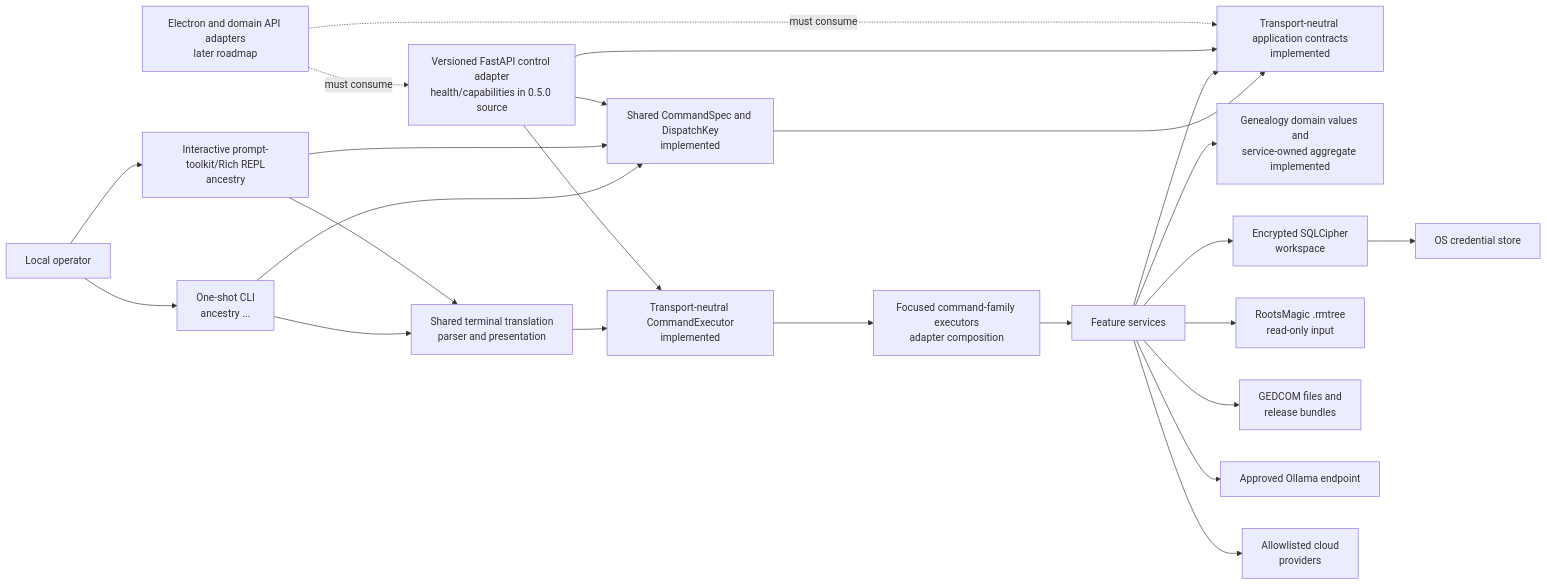
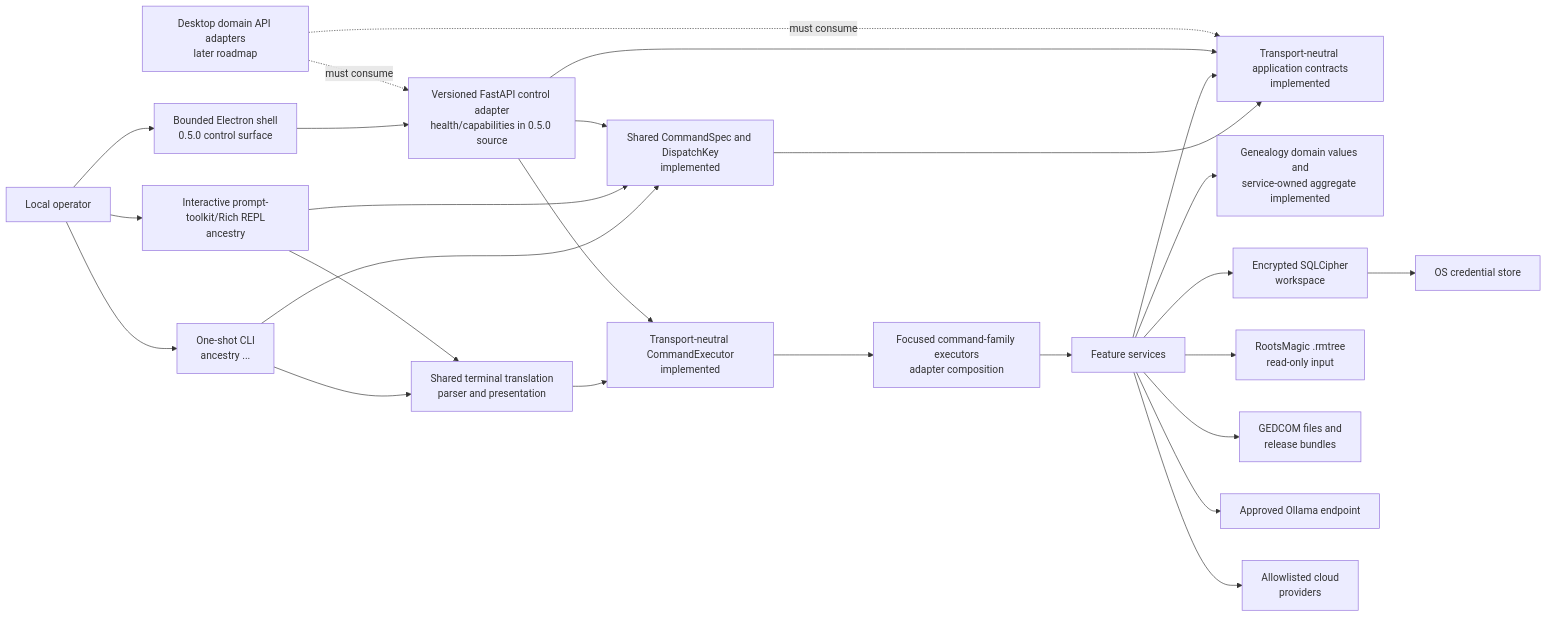
Before and after one commit to sodejm/AncestryLLM: the first of 3 diagrams in ARCHITECTURE.md, drawn with Mermaid. The commit also changed other lines of this file and 13 other files, not shown here.

Commit message:
feat(desktop): deliver production shell

````diff
--- a/ARCHITECTURE.md
+++ b/ARCHITECTURE.md
@@ -62,45 +65,48 @@
 ```mermaid
 flowchart LR
     Operator["Local operator"]
     CLI["One-shot CLI\nancestry ..."]
     Console["Interactive prompt-toolkit/Rich REPL\nancestry"]
     Specs["Shared CommandSpec and DispatchKey\nimplemented"]
     Contracts["Transport-neutral application contracts\nimplemented"]
     Terminal["Shared terminal translation\nparser and presentation"]
     Executor["Transport-neutral CommandExecutor\nimplemented"]
     Handlers["Focused command-family executors\nadapter composition"]
     Services["Feature services"]
     Domain["Genealogy domain values and\nservice-owned aggregate implemented"]
     Workspace["Encrypted SQLCipher\nworkspace"]
     Keyring["OS credential store"]
     RM["RootsMagic .rmtree\nread-only input"]
     GED["GEDCOM files and\nrelease bundles"]
     LocalLLM["Approved Ollama endpoint"]
     Cloud["Allowlisted cloud\nproviders"]
     ControlAPI["Versioned FastAPI control adapter\nhealth/capabilities in 0.5.0 source"]
-    Future["Electron and domain API adapters\nlater roadmap"]
+    Desktop["Bounded Electron shell\n0.5.0 control surface"]
+    Future["Desktop domain API adapters\nlater roadmap"]
 
     Operator --> CLI
     Operator --> Console
+    Operator --> Desktop
     CLI --> Specs
     Console --> Specs
     CLI --> Terminal
     Console --> Terminal
     Terminal --> Executor
     Executor --> Handlers
     Handlers --> Services
     Specs --> Contracts
     Services --> Contracts
     Services --> Domain
     Services --> Workspace
     Workspace --> Keyring
     Services --> RM
     Services --> GED
     Services --> LocalLLM
     Services --> Cloud
+    Desktop --> ControlAPI
     ControlAPI --> Specs
     ControlAPI --> Contracts
     ControlAPI --> Executor
     Future -. "must consume" .-> ControlAPI
     Future -. "must consume" .-> Contracts
 ```
````
